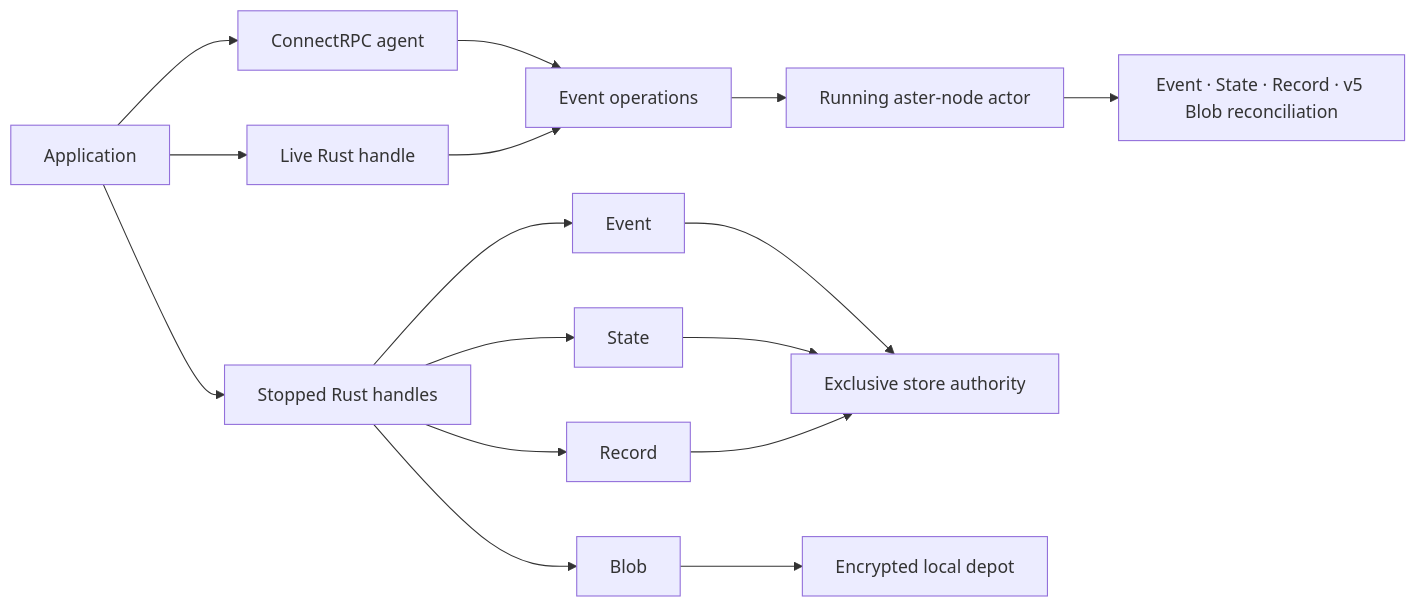
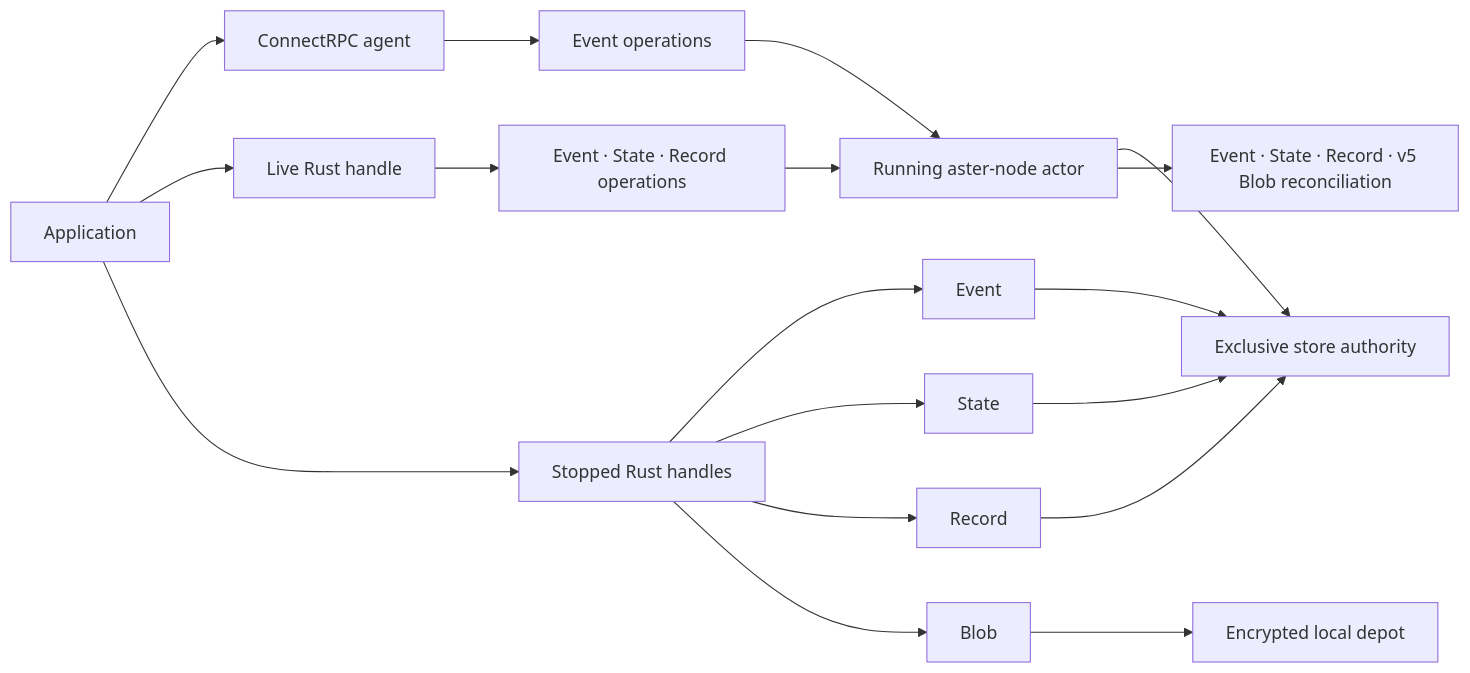
The first of 8 diagrams in docs/architecture.md (asirak-astertech/aster), drawn with Mermaid before and after one commit. The commit also changed other lines of this file and 29 other files, not shown here.

First line of the commit message:
Add live selected State and Record application handles (#43)

````diff
--- a/docs/architecture.md
+++ b/docs/architecture.md
@@ -24,18 +24,20 @@
 ```mermaid
 flowchart LR
     App["Application"] --> Connect["ConnectRPC agent"]
     App --> LiveRust["Live Rust handle"]
     App --> StoppedRust["Stopped Rust handles"]
     Connect --> LiveEvent["Event operations"]
-    LiveRust --> LiveEvent
+    LiveRust --> LiveOps["Event · State · Record operations"]
     LiveEvent --> Actor["Running aster-node actor"]
+    LiveOps --> Actor
     StoppedRust --> Event["Event"]
     StoppedRust --> State["State"]
     StoppedRust --> Record["Record"]
     StoppedRust --> Blob["Blob"]
-    Event --> Exclusive["Exclusive store authority"]
+    Actor --> Exclusive["Exclusive store authority"]
+    Event --> Exclusive
     State --> Exclusive
     Record --> Exclusive
     Blob --> Depot["Encrypted local depot"]
     Actor --> Network["Event · State · Record · v5 Blob reconciliation"]
 ```
````
